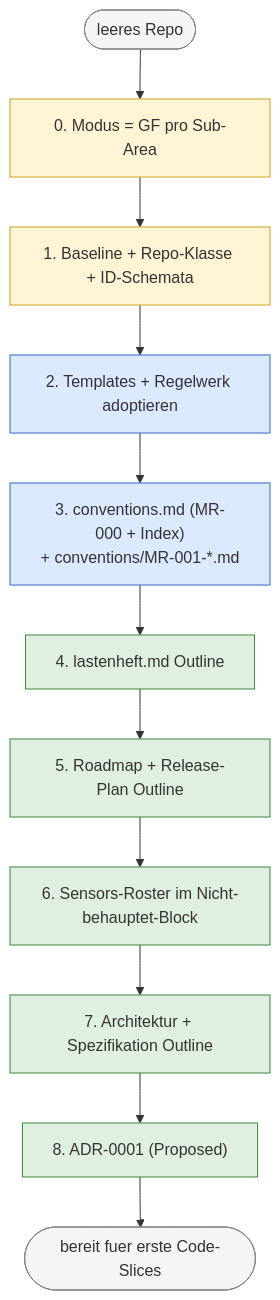
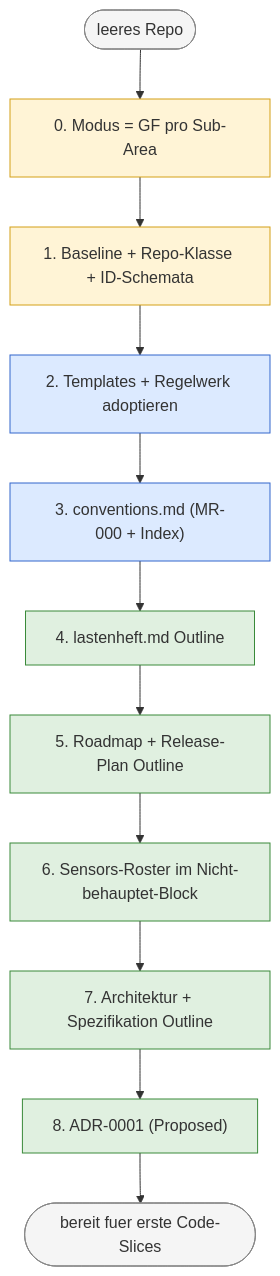
Before and after one commit to pt9912/ai-harness-course: the first of 2 diagrams in kurs/de/01-spec-und-architektur/modul-02-harness-bootstrap.md, drawn with Mermaid. The commit also changed other lines of this file and 25 other files, not shown here.

````diff
--- a/kurs/de/01-spec-und-architektur/modul-02-harness-bootstrap.md
+++ b/kurs/de/01-spec-und-architektur/modul-02-harness-bootstrap.md
@@ -300,22 +300,22 @@
 ```mermaid
 flowchart TD
     Start([leeres Repo]):::start
     S0["0. Modus = GF pro Sub-Area"]:::orient
     S1["1. Baseline + Repo-Klasse + ID-Schemata"]:::orient
     S2["2. Templates + Regelwerk adoptieren"]:::action
-    S3["3. conventions.md (MR-000 + Index)<br/>+ conventions/MR-001-*.md"]:::action
+    S3["3. conventions.md (MR-000 + Index)"]:::action
     S4["4. lastenheft.md Outline"]:::content
     S5["5. Roadmap + Release-Plan Outline"]:::content
     S6["6. Sensors-Roster im Nicht-behauptet-Block"]:::content
     S7["7. Architektur + Spezifikation Outline"]:::content
     S8["8. ADR-0001 (Proposed)"]:::content
     End([bereit fuer erste Code-Slices]):::endNode
 
     Start --> S0 --> S1 --> S2 --> S3 --> S4 --> S5 --> S6 --> S7 --> S8 --> End
 
     classDef start fill:#f5f5f5,stroke:#888
     classDef orient fill:#fff4d6,stroke:#d4a017
     classDef action fill:#dceaff,stroke:#3366cc
     classDef content fill:#e0f0e0,stroke:#3a8a3a
     classDef endNode fill:#f5f5f5,stroke:#888
 ```
````
